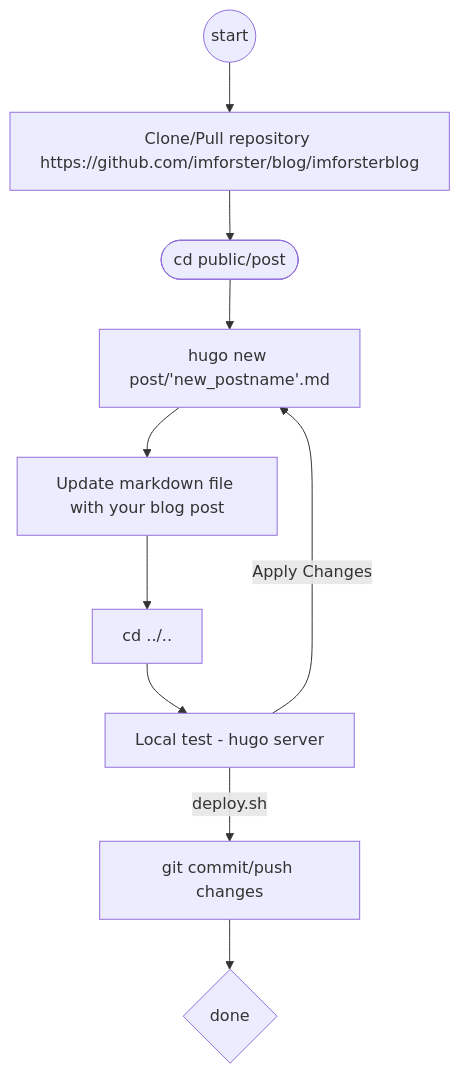
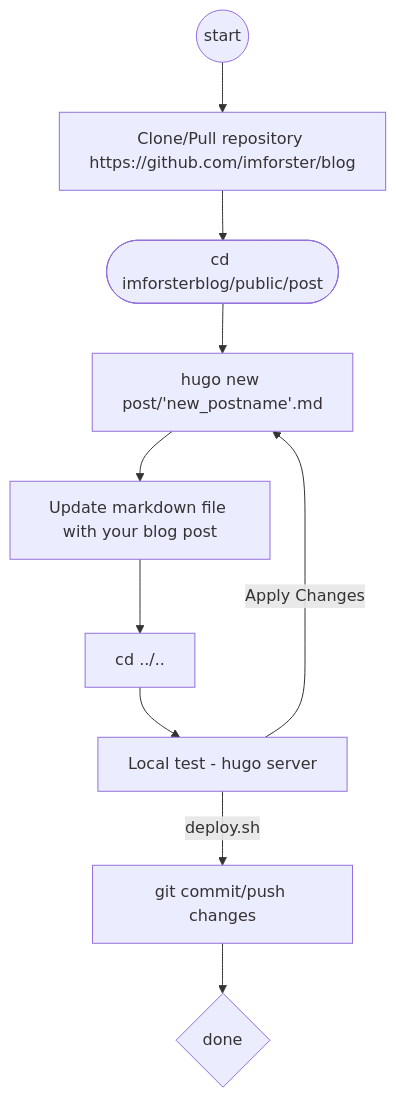
The diagram in ReadMe.md (imforster/imforster.github.io), drawn with Mermaid before and after one commit.

````diff
--- a/ReadMe.md
+++ b/ReadMe.md
@@ -2,12 +2,12 @@
 ```mermaid
 flowchart TD
     s((start)) --> A
-    A[Clone/Pull repository https://github.com/imforster/blog/imforsterblog] --> B([cd public/post])
+    A[Clone/Pull repository https://github.com/imforster/blog] --> B([cd imforsterblog/public/post])
     B --> C[hugo new post/'new_postname'.md]
     C --> D[Update markdown file with your blog post]
     D --> E[cd ../..]
     E --> F[Local test - hugo server]
     F -- Apply Changes --> C
     F -- deploy.sh --> G[git commit/push changes]
     G --> H{done};
 ```
````
